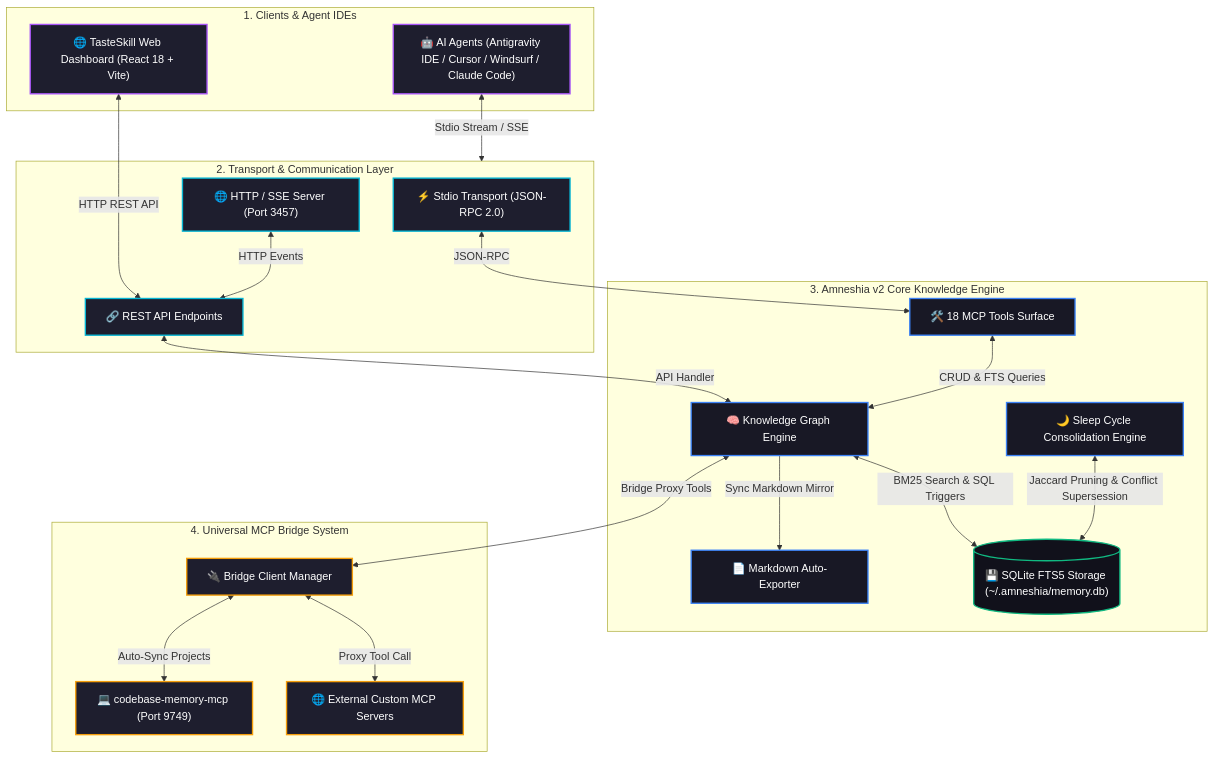
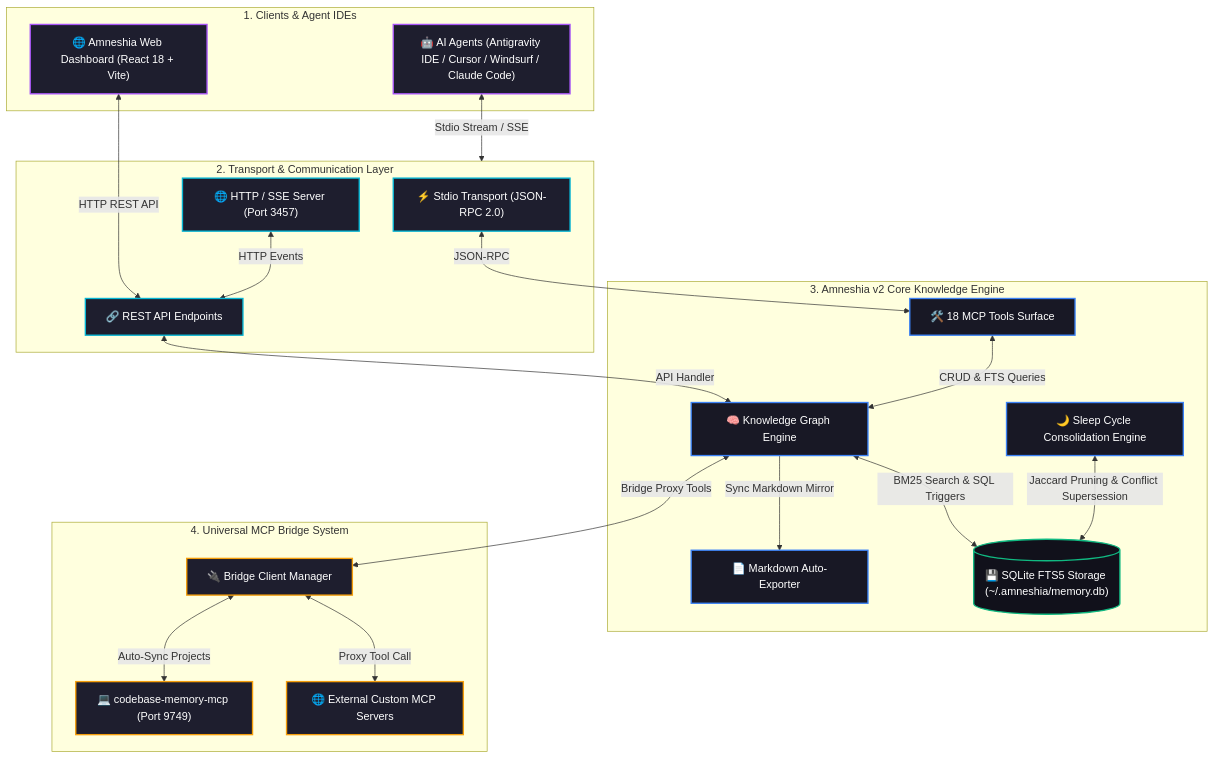
Before and after one commit to SabilMurti/Amneshia: the diagram in README.md, drawn with Mermaid. The commit also changed other lines of this file, not shown here.

Commit message:
docs: rename TasteSkill Web Dashboard to Amneshia Web Dashboard

````diff
--- a/README.md
+++ b/README.md
@@ -16,51 +16,51 @@
 ```mermaid
 flowchart TB
     %% Class Definitions for Styling
     classDef client fill:#1e1e2e,stroke:#a855f7,stroke-width:2px,color:#fff;
     classDef transport fill:#1e1e2e,stroke:#06b6d4,stroke-width:2px,color:#fff;
     classDef core fill:#181825,stroke:#3b82f6,stroke-width:2px,color:#fff;
     classDef bridge fill:#1e1e2e,stroke:#f59e0b,stroke-width:2px,color:#fff;
     classDef db fill:#11111b,stroke:#10b981,stroke-width:2px,color:#fff;
 
     subgraph Clients ["1. Clients & Agent IDEs"]
         Agent["🤖 AI Agents (Antigravity IDE / Cursor / Windsurf / Claude Code)"]:::client
-        Browser["🌐 TasteSkill Web Dashboard (React 18 + Vite)"]:::client
+        Browser["🌐 Amneshia Web Dashboard (React 18 + Vite)"]:::client
     end
 
     subgraph Transport ["2. Transport & Communication Layer"]
         Stdio["⚡ Stdio Transport (JSON-RPC 2.0)"]:::transport
         SSE["🌐 HTTP / SSE Server (Port 3457)"]:::transport
         REST["🔗 REST API Endpoints"]:::transport
     end
 
     subgraph Amneshia ["3. Amneshia v2 Core Knowledge Engine"]
         MCP["🛠️ 18 MCP Tools Surface"]:::core
         Graph["🧠 Knowledge Graph Engine"]:::core
         Sleep["🌙 Sleep Cycle Consolidation Engine"]:::core
         Exporter["📄 Markdown Auto-Exporter"]:::core
         DB[("💾 SQLite FTS5 Storage (~/.amneshia/memory.db)")]:::db
     end
 
     subgraph Bridges ["4. Universal MCP Bridge System"]
         Bridge["🔌 Bridge Client Manager"]:::bridge
         CM["💻 codebase-memory-mcp (Port 9749)"]:::bridge
         Other["🌐 External Custom MCP Servers"]:::bridge
     end
 
     %% Flow Connections
     Agent <-->|Stdio Stream / SSE| Transport
     Browser <-->|HTTP REST API| REST
 
     Stdio <-->|JSON-RPC| MCP
     SSE <-->|HTTP Events| REST
     REST <-->|API Handler| Graph
 
     MCP <-->|CRUD & FTS Queries| Graph
     Graph <-->|BM25 Search & SQL Triggers| DB
     Sleep <-->|Jaccard Pruning & Conflict Supersession| DB
     Graph -->|Sync Markdown Mirror| Exporter
 
     Graph <-->|Bridge Proxy Tools| Bridge
     Bridge <-->|Auto-Sync Projects| CM
     Bridge <-->|Proxy Tool Call| Other
 ```
````
